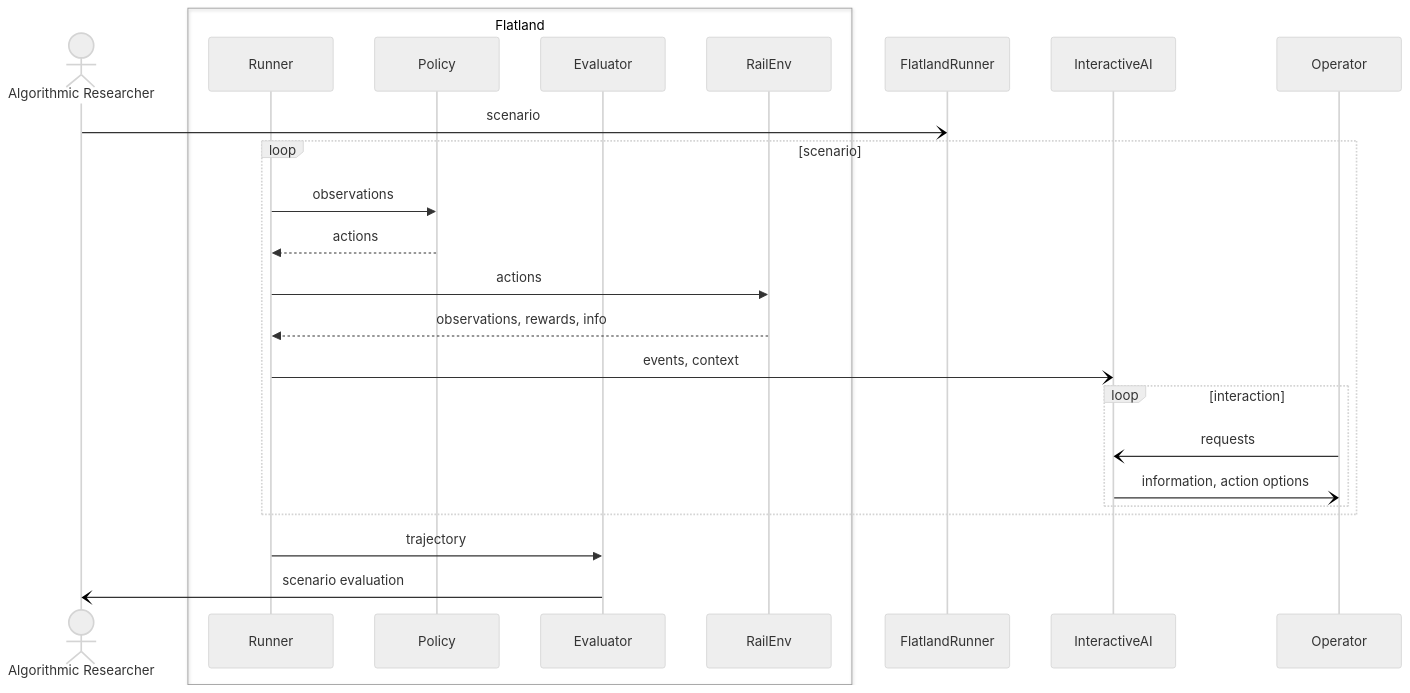
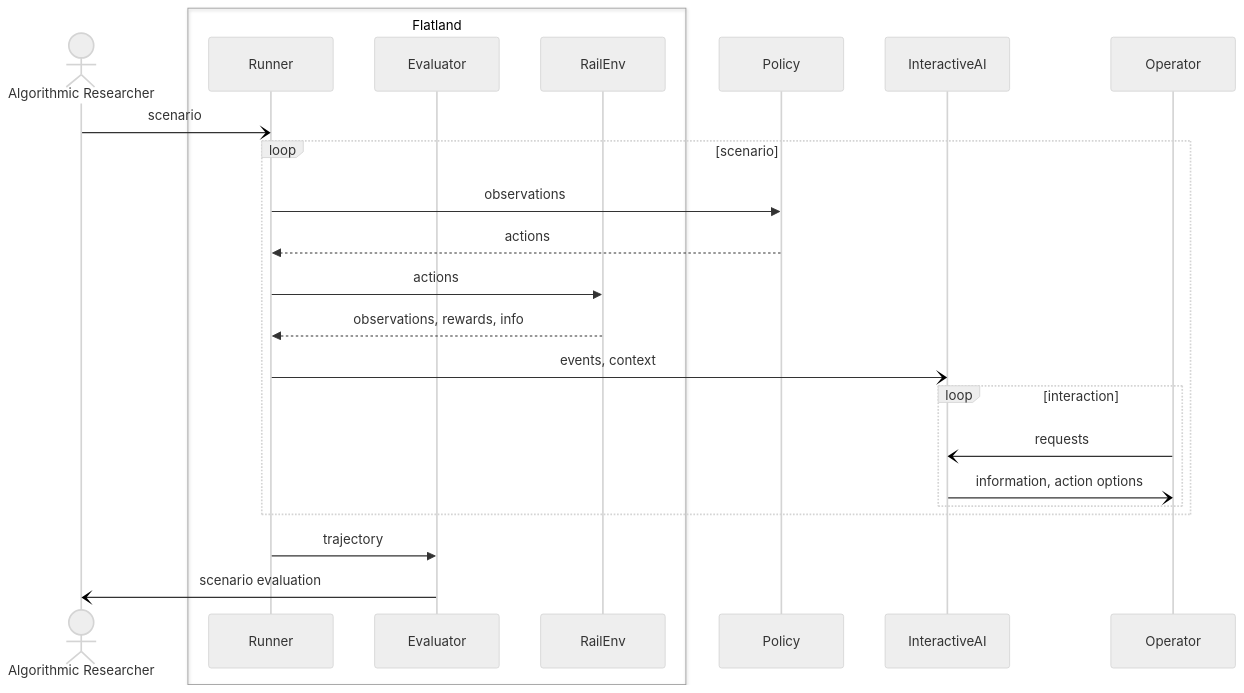
One commit to flatland-association/flatland-book changed the first of 2 diagrams in environment/key_concepts.md. Above: the diagram before and after it, drawn with Mermaid (neutral theme).

Commit message:
Add policy to high-level overview.

````diff
--- a/environment/key_concepts.md
+++ b/environment/key_concepts.md
@@ -5,26 +5,26 @@
 ```mermaid
 sequenceDiagram
     actor Algorithmic Researcher
     box Flatland
         participant Runner
-        participant Policy
         participant Evaluator
         participant RailEnv
 
     end
-    Algorithmic Researcher -) FlatlandRunner: scenario
+
+    Algorithmic Researcher -) Runner: scenario
     loop scenario
         Runner ->> Policy: observations
         Policy -->> Runner: actions
         Runner ->> RailEnv: actions
         RailEnv -->> Runner: observations, rewards, info
         Runner -) InteractiveAI: events, context
         loop interaction
             Operator -) InteractiveAI: requests
             InteractiveAI -) Operator: information, action options
         end
     end
     actor Operator
     Runner ->> Evaluator: trajectory
     Evaluator -) Algorithmic Researcher: scenario evaluation
 ```
````
